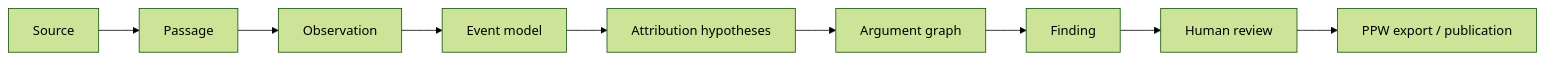
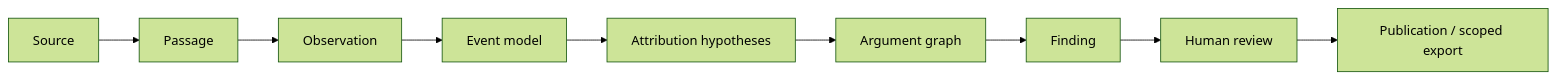
One commit to ashitaka-emishi/mediated-agency-attribution-workbench changed the diagram in site/architecture.qmd. Above: the diagram before and after it, drawn with Mermaid (forest theme). The commit also changed other lines of this file and 55 other files, not shown here.

````diff
--- a/site/architecture.qmd
+++ b/site/architecture.qmd
@@ -5,11 +5,11 @@
 ```{mermaid}
 flowchart LR
   S[Source] --> P[Passage]
   P --> O[Observation]
   O --> E[Event model]
   E --> H[Attribution hypotheses]
   H --> A[Argument graph]
   A --> F[Finding]
   F --> R[Human review]
-  R --> X[PPW export / publication]
+  R --> X[Publication / scoped export]
 ```
````
